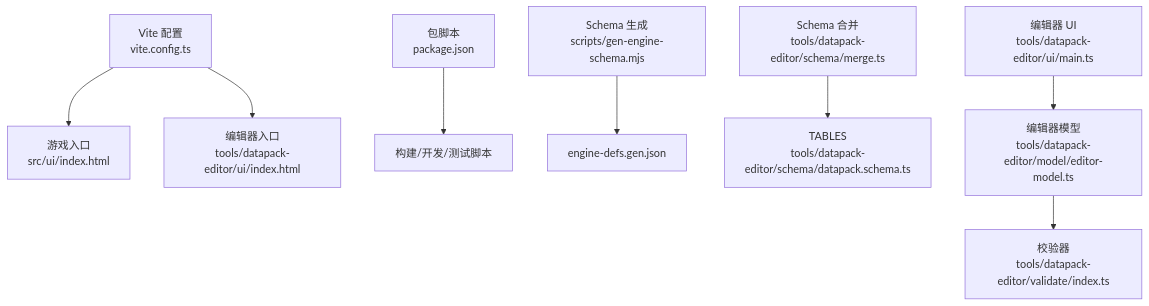
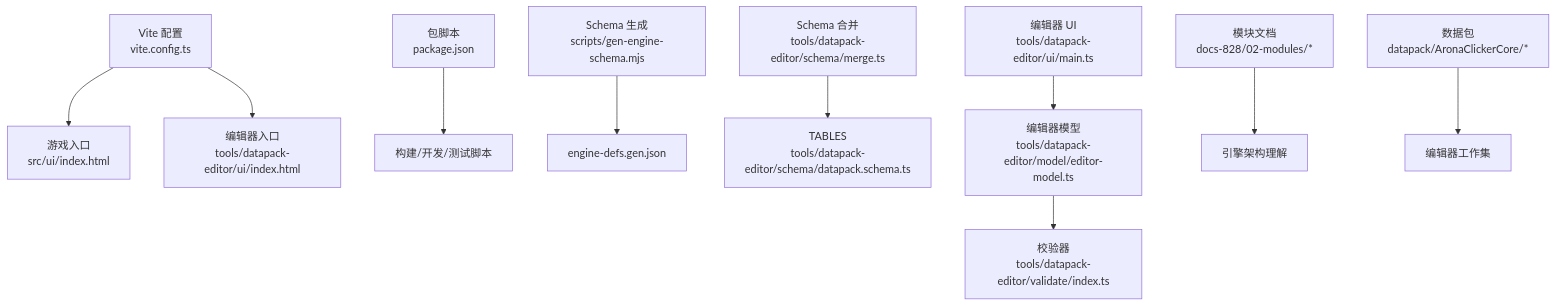
The first of 7 diagrams in .qoder/repowiki/zh/content/开发工具/开发工具.md (EsiLA9/Arona-Clicker), drawn with Mermaid before and after one commit. The commit also changed other lines of this file and 45 other files, not shown here.

````diff
--- a/.qoder/repowiki/zh/content/开发工具/开发工具.md
+++ b/.qoder/repowiki/zh/content/开发工具/开发工具.md
@@ -45,10 +65,12 @@
 ```mermaid
 graph TB
 A["Vite 配置<br/>vite.config.ts"] --> B["游戏入口<br/>src/ui/index.html"]
 A --> C["编辑器入口<br/>tools/datapack-editor/ui/index.html"]
 D["包脚本<br/>package.json"] --> E["构建/开发/测试脚本"]
 F["Schema 生成<br/>scripts/gen-engine-schema.mjs"] --> G["engine-defs.gen.json"]
 H["Schema 合并<br/>tools/datapack-editor/schema/merge.ts"] --> I["TABLES<br/>tools/datapack-editor/schema/datapack.schema.ts"]
 J["编辑器 UI<br/>tools/datapack-editor/ui/main.ts"] --> K["编辑器模型<br/>tools/datapack-editor/model/editor-model.ts"]
 K --> L["校验器<br/>tools/datapack-editor/validate/index.ts"]
+M["模块文档<br/>docs-828/02-modules/*"] --> N["引擎架构理解"]
+O["数据包<br/>datapack/AronaClickerCore/*"] --> P["编辑器工作集"]
 ```
````
